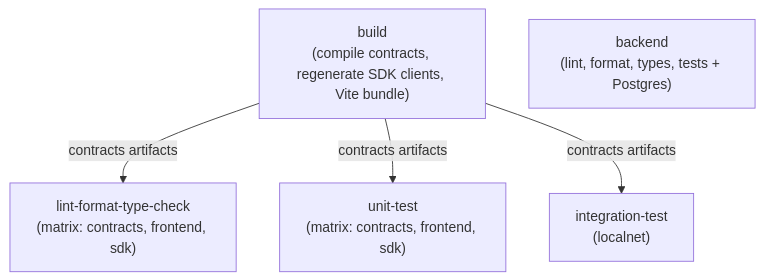
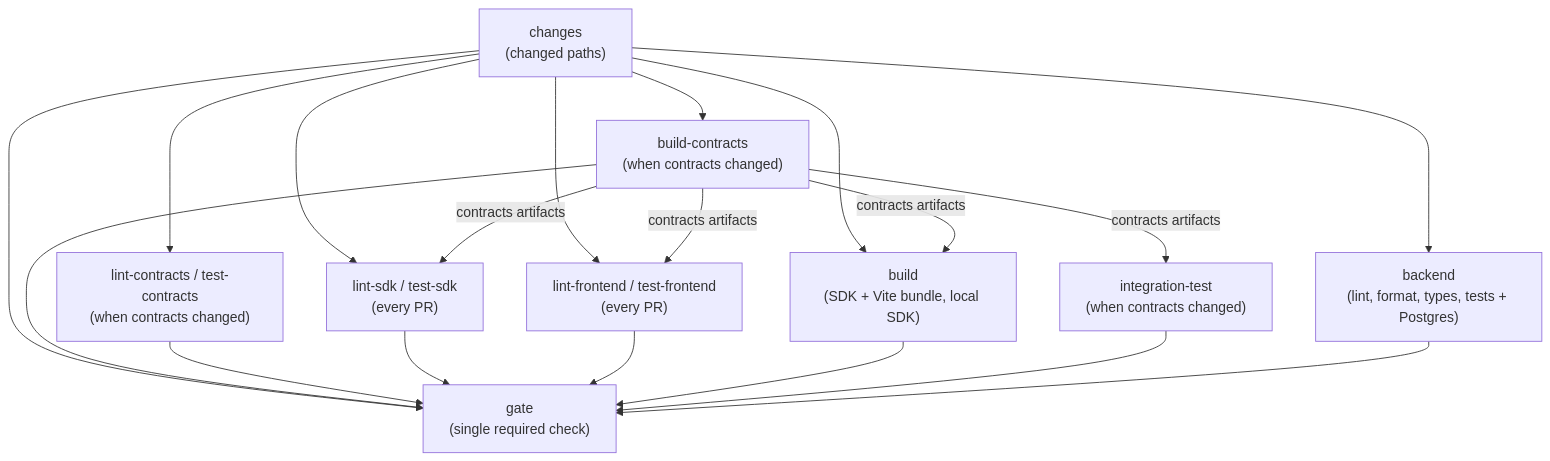
One commit to kasakame/kasakame changed the diagram in docs/ci.md. Above: the diagram before and after it, drawn with Mermaid. The commit also changed other lines of this file and 5 other files, not shown here.

Commit message:
ci(repo): parallelize the build-and-test workflow

````diff
--- a/docs/ci.md
+++ b/docs/ci.md
@@ -35,12 +46,31 @@
 ```mermaid
 flowchart TD
-    build["build<br/>(compile contracts, regenerate SDK clients, Vite bundle)"]
-    lint["lint-format-type-check<br/>(matrix: contracts, frontend, sdk)"]
-    unit["unit-test<br/>(matrix: contracts, frontend, sdk)"]
+    changes["changes<br/>(changed paths)"]
+    buildc["build-contracts<br/>(when contracts changed)"]
+    contracts["lint-contracts / test-contracts<br/>(when contracts changed)"]
+    sdk["lint-sdk / test-sdk<br/>(every PR)"]
+    frontend["lint-frontend / test-frontend<br/>(every PR)"]
+    build["build<br/>(SDK + Vite bundle, local SDK)"]
+    integration["integration-test<br/>(when contracts changed)"]
     backend["backend<br/>(lint, format, types, tests + Postgres)"]
-    integration["integration-test<br/>(localnet)"]
+    gate["gate<br/>(single required check)"]
 
-    build -->|"contracts artifacts"| lint
-    build -->|"contracts artifacts"| unit
-    build -->|"contracts artifacts"| integration
+    changes --> buildc
+    changes --> contracts
+    changes --> sdk
+    changes --> frontend
+    changes --> build
+    changes --> backend
+    buildc -->|"contracts artifacts"| sdk
+    buildc -->|"contracts artifacts"| frontend
+    buildc -->|"contracts artifacts"| build
+    buildc -->|"contracts artifacts"| integration
+    changes --> gate
+    buildc --> gate
+    contracts --> gate
+    sdk --> gate
+    frontend --> gate
+    build --> gate
+    integration --> gate
+    backend --> gate
 ```
````
